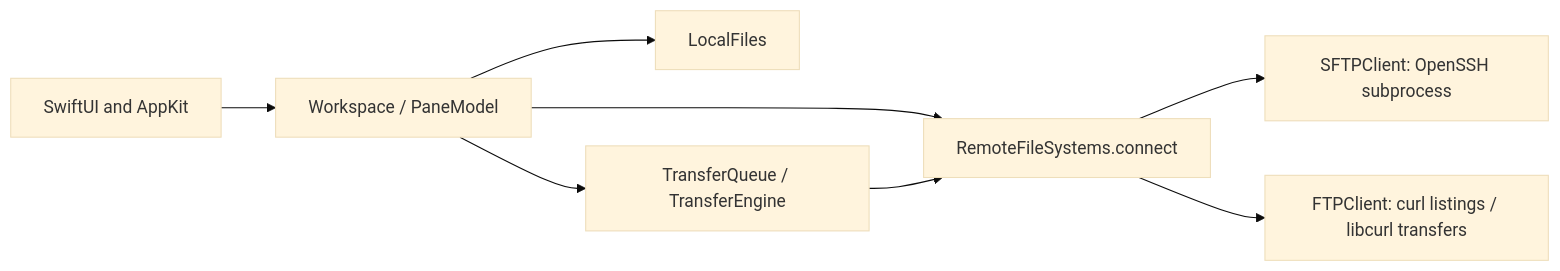
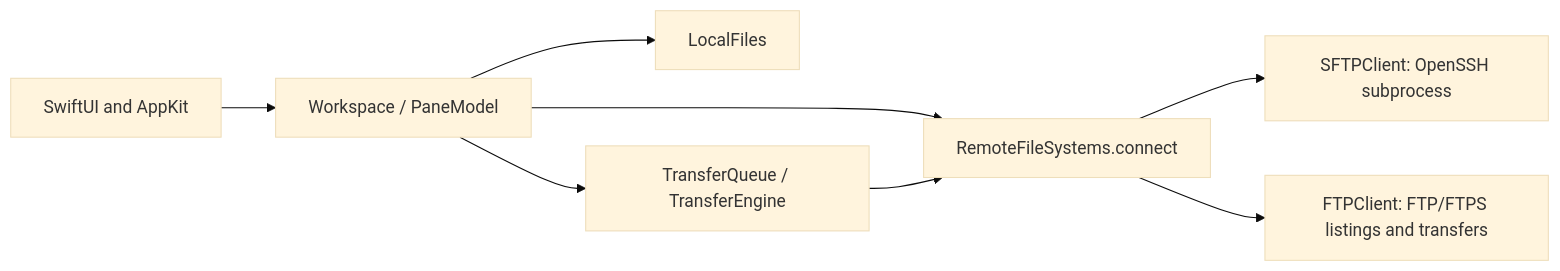
Before and after one commit to patrickzach/BasedFTP: the diagram in DEVELOPMENT.md, drawn with Mermaid (base theme). The commit also changed other lines of this file and 18 other files, not shown here.

````diff
--- a/DEVELOPMENT.md
+++ b/DEVELOPMENT.md
@@ -9,10 +9,10 @@
 ```mermaid
 flowchart LR
     UI[SwiftUI and AppKit] --> W[Workspace / PaneModel]
     W --> L[LocalFiles]
     W --> Q[TransferQueue / TransferEngine]
     W --> F[RemoteFileSystems.connect]
     Q --> F
     F --> S[SFTPClient: OpenSSH subprocess]
-    F --> P[FTPClient: curl listings / libcurl transfers]
+    F --> P[FTPClient: FTP/FTPS listings and transfers]
 ```
````
